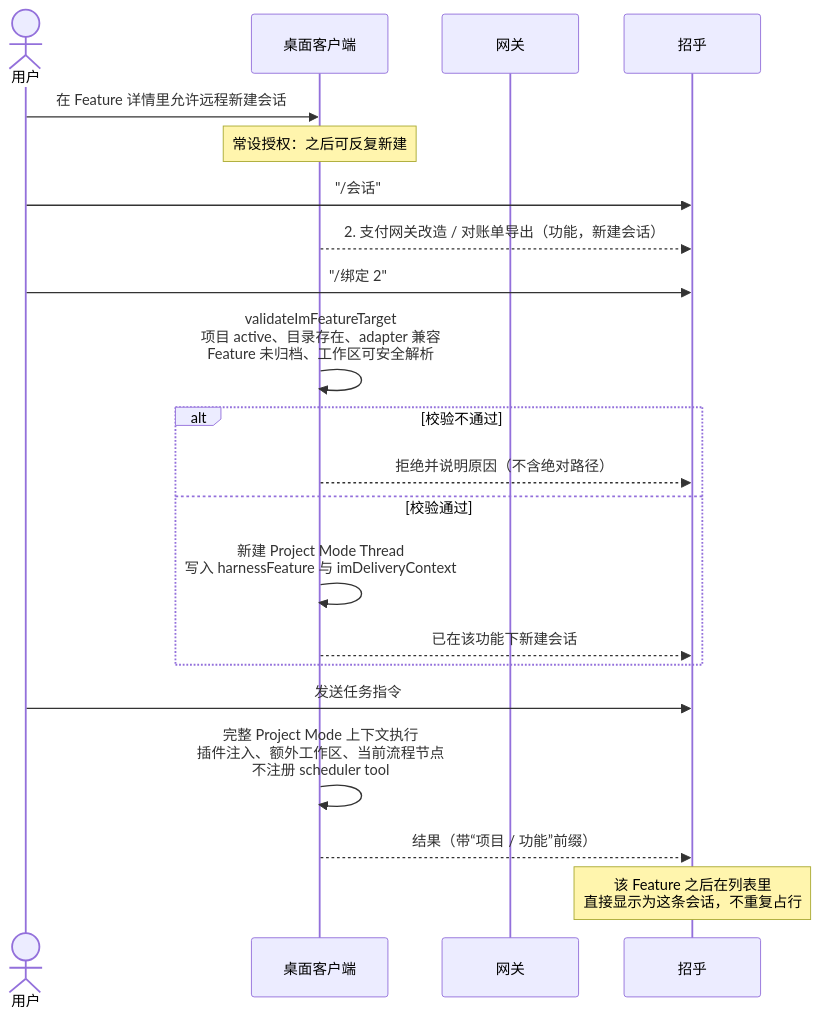
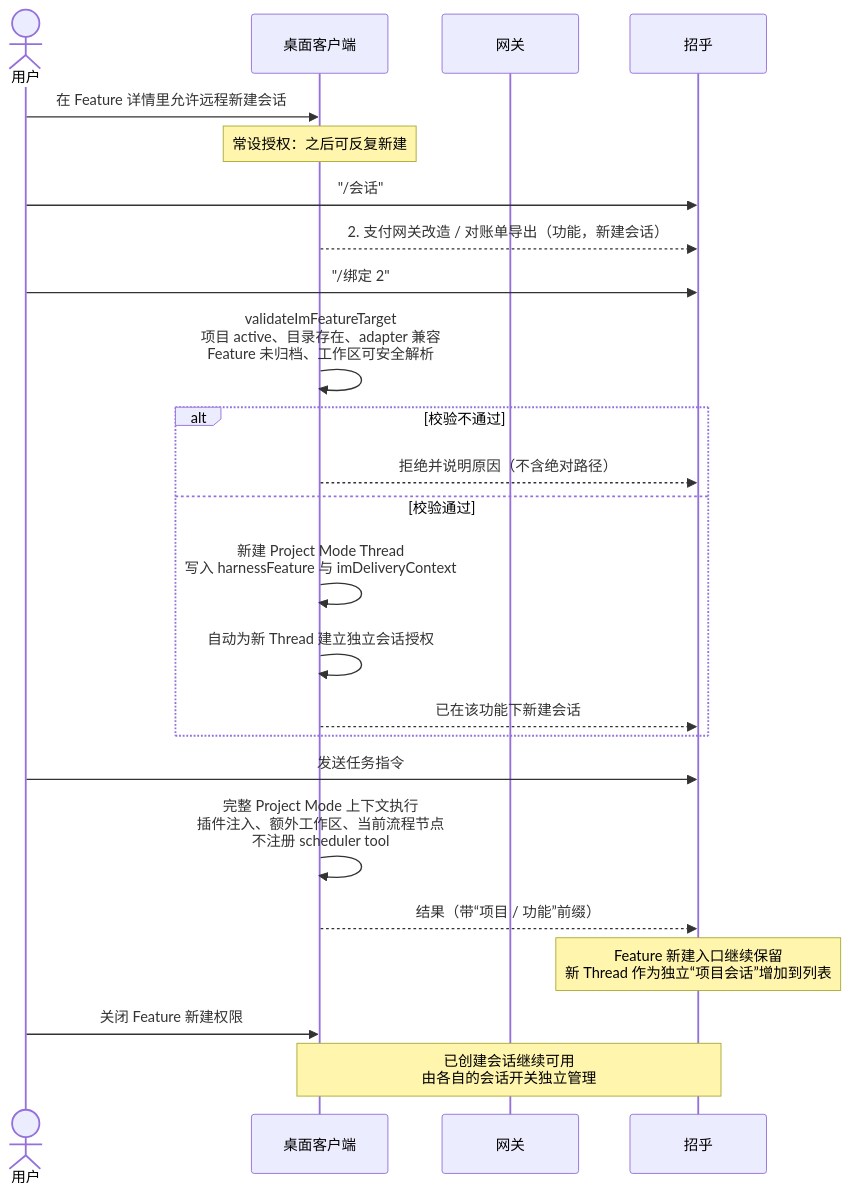
One commit to seanchen1993/CmbCoworkAgent changed the fifth of 7 diagrams in docs/chatx-im-remote-control-use-cases.md. Above: the diagram before and after it, drawn with Mermaid. The commit also changed other lines of this file and 22 other files, not shown here.

````diff
--- a/docs/chatx-im-remote-control-use-cases.md
+++ b/docs/chatx-im-remote-control-use-cases.md
@@ -114,28 +116,31 @@
 ```mermaid
 sequenceDiagram
   actor U as 用户
   participant D as 桌面客户端
   participant G as 网关
   participant Z as 招乎
 
   U->>D: 在 Feature 详情里允许远程新建会话
   Note over D: 常设授权：之后可反复新建
 
   U->>Z: "/会话"
   D-->>Z: 2. 支付网关改造 / 对账单导出（功能，新建会话）
   U->>Z: "/绑定 2"
 
   D->>D: validateImFeatureTarget<br/>项目 active、目录存在、adapter 兼容<br/>Feature 未归档、工作区可安全解析
   alt 校验不通过
     D-->>Z: 拒绝并说明原因（不含绝对路径）
   else 校验通过
     D->>D: 新建 Project Mode Thread<br/>写入 harnessFeature 与 imDeliveryContext
+    D->>D: 自动为新 Thread 建立独立会话授权
     D-->>Z: 已在该功能下新建会话
   end
 
   U->>Z: 发送任务指令
   D->>D: 完整 Project Mode 上下文执行<br/>插件注入、额外工作区、当前流程节点<br/>不注册 scheduler tool
   D-->>Z: 结果（带“项目 / 功能”前缀）
 
-  Note over Z: 该 Feature 之后在列表里<br/>直接显示为这条会话，不重复占行
+  Note over Z: Feature 新建入口继续保留<br/>新 Thread 作为独立“项目会话”增加到列表
+  U->>D: 关闭 Feature 新建权限
+  Note over D,Z: 已创建会话继续可用<br/>由各自的会话开关独立管理
 ```
````
